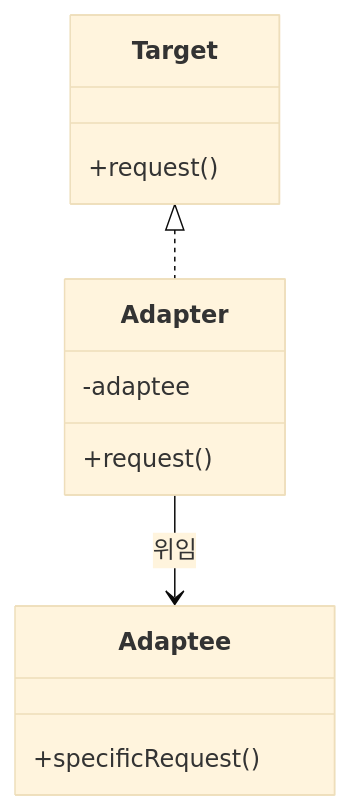
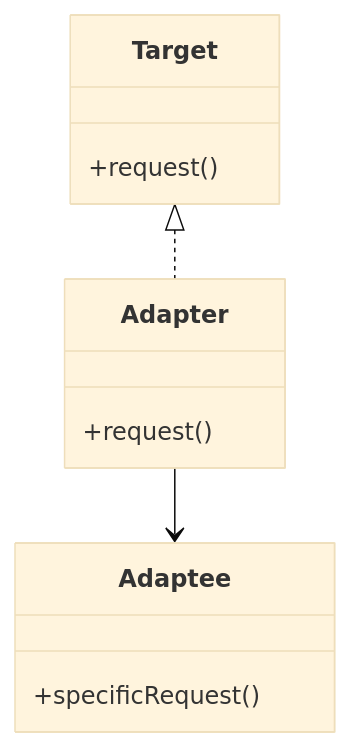
Before and after one commit to yjkim2015/yjkim2015.github.io: the second of 7 diagrams in _posts/designPattern/2022-01-25-DesignPattern.md, drawn with Mermaid (base theme). The commit also changed 48 other files, not shown here.

First line of the commit message:
Mermaid 최종 47건 수정: participant/노드/줄수/라벨 전부 기준 이하

````diff
--- a/_posts/designPattern/2022-01-25-DesignPattern.md
+++ b/_posts/designPattern/2022-01-25-DesignPattern.md
@@ -53,15 +53,14 @@
 ```mermaid
 classDiagram
     class Target {
         +request()
     }
     class Adapter {
-        -adaptee
         +request()
     }
     class Adaptee {
         +specificRequest()
     }
     Target <|.. Adapter
-    Adapter --> Adaptee : 위임
+    Adapter --> Adaptee
 ```
````
